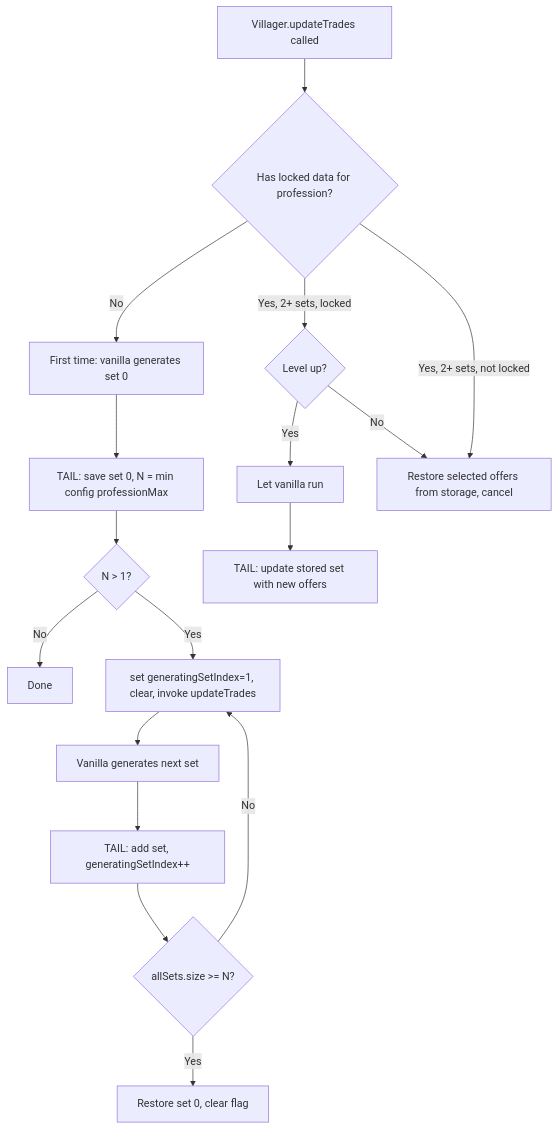
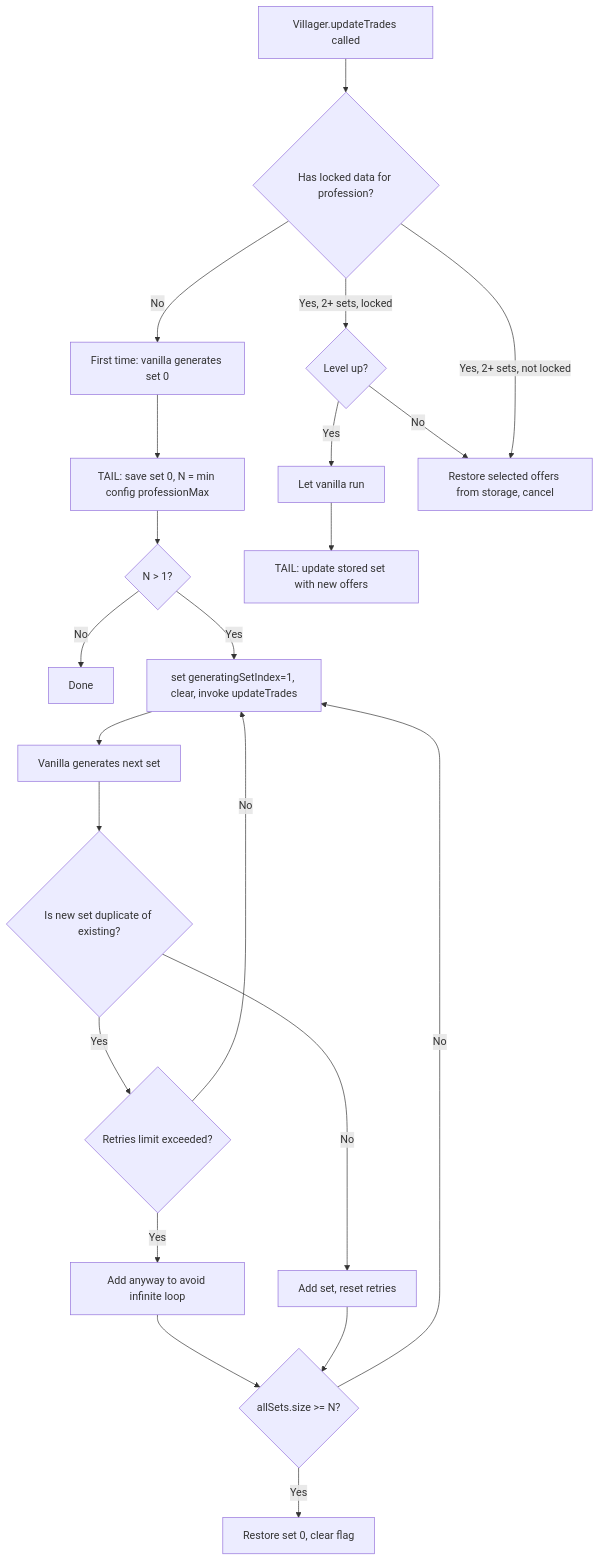
The second of 2 diagrams in README.md (spicato-minecraft/locked_villager_trades), drawn with Mermaid before and after one commit. The commit also changed other lines of this file and 7 other files, not shown here.

````diff
--- a/README.md
+++ b/README.md
@@ -156,19 +156,24 @@
 ```mermaid
 flowchart TD
     A[Villager.updateTrades called] --> B{Has locked data for profession?}
     B -->|No| C[First time: vanilla generates set 0]
     C --> D[TAIL: save set 0, N = min config professionMax]
     D --> E{N > 1?}
     E -->|No| F[Done]
     E -->|Yes| G[set generatingSetIndex=1, clear, invoke updateTrades]
     G --> H[Vanilla generates next set]
-    H --> I[TAIL: add set, generatingSetIndex++]
-    I --> J{allSets.size >= N?}
+    H --> I{Is new set duplicate of existing?}
+    I -->|Yes| I1{Retries limit exceeded?}
+    I1 -->|No| G
+    I1 -->|Yes| I2[Add anyway to avoid infinite loop]
+    I -->|No| I3[Add set, reset retries]
+    I2 --> J{allSets.size >= N?}
+    I3 --> J
     J -->|Yes| K[Restore set 0, clear flag]
     J -->|No| G
     B -->|Yes, 2+ sets, locked| L{Level up?}
     L -->|Yes| M[Let vanilla run]
     M --> N[TAIL: update stored set with new offers]
     L -->|No| O[Restore selected offers from storage, cancel]
     B -->|Yes, 2+ sets, not locked| O
 ```
````
